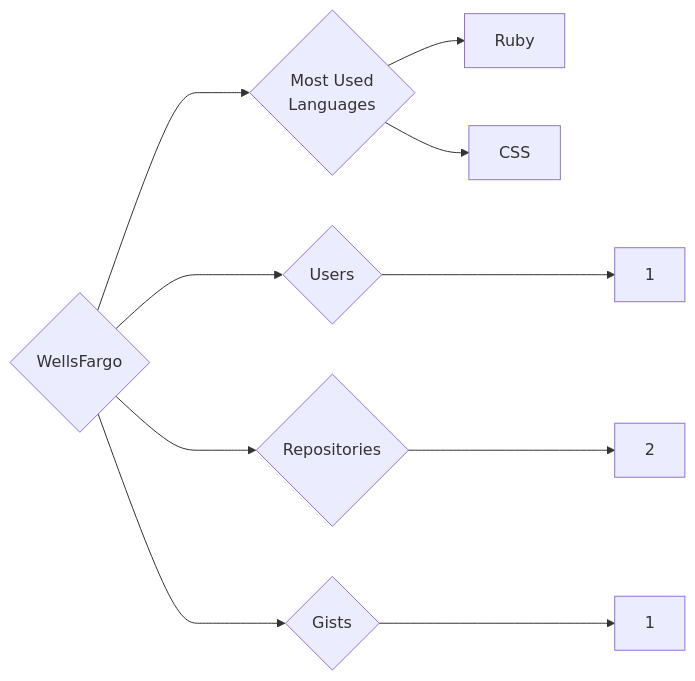
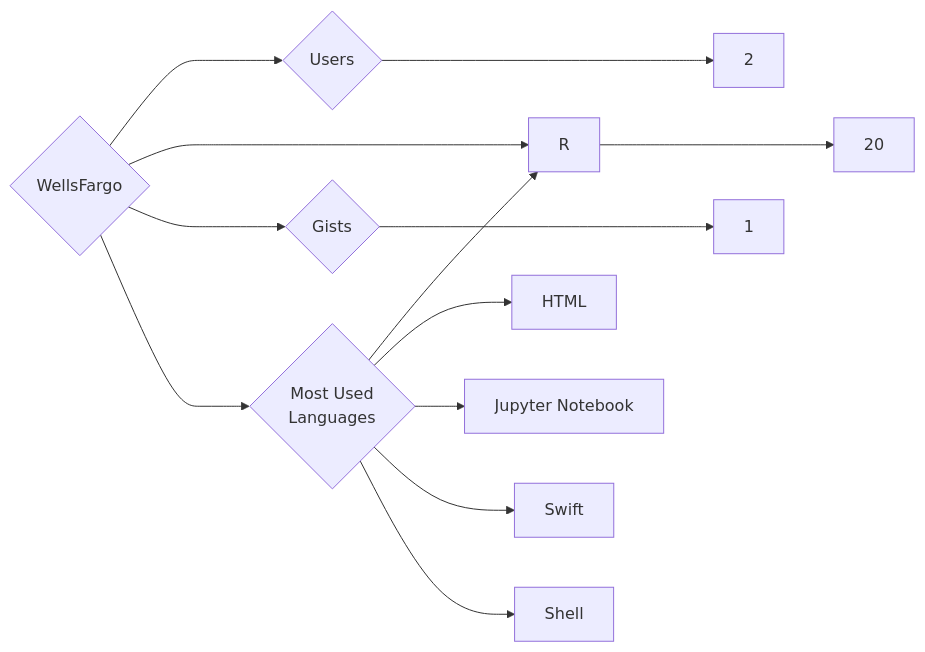
The diagram in targets/WellsFargo/README.md (trickest/insiders), drawn with Mermaid before and after one commit. The commit also changed 765 other files, not shown here.

````diff
--- a/targets/WellsFargo/README.md
+++ b/targets/WellsFargo/README.md
@@ -3,10 +3,13 @@
 ```mermaid
 graph LR
 COMPANY_NAME{WellsFargo}
-COMPANY_NAME ---> U{Users} ---> UN[1]
-COMPANY_NAME ---> R{Repositories} ---> RN[2]
+COMPANY_NAME ---> U{Users} ---> UN[2]
+COMPANY_NAME ---> R{Repositories} ---> RN[20]
 COMPANY_NAME ---> G{Gists} ---> GN[1]
 COMPANY_NAME ---> ML{Most Used<br>Languages}
-ML --> Ruby[Ruby]
-ML --> CSS[CSS]
+ML --> R[R]
+ML --> HTML[HTML]
+ML --> Jupyter_Notebook[Jupyter Notebook]
+ML --> Swift[Swift]
+ML --> Shell[Shell]
 ```
````
